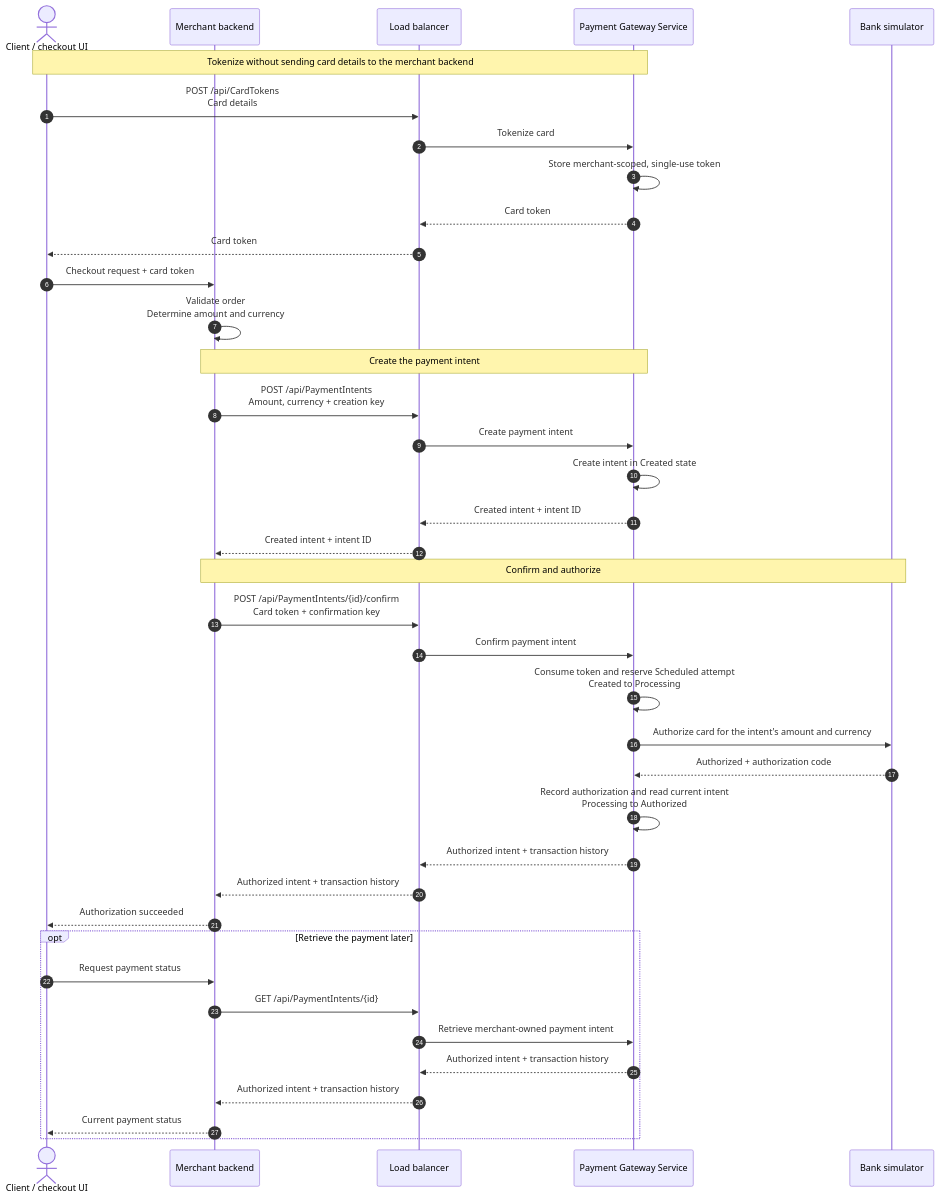
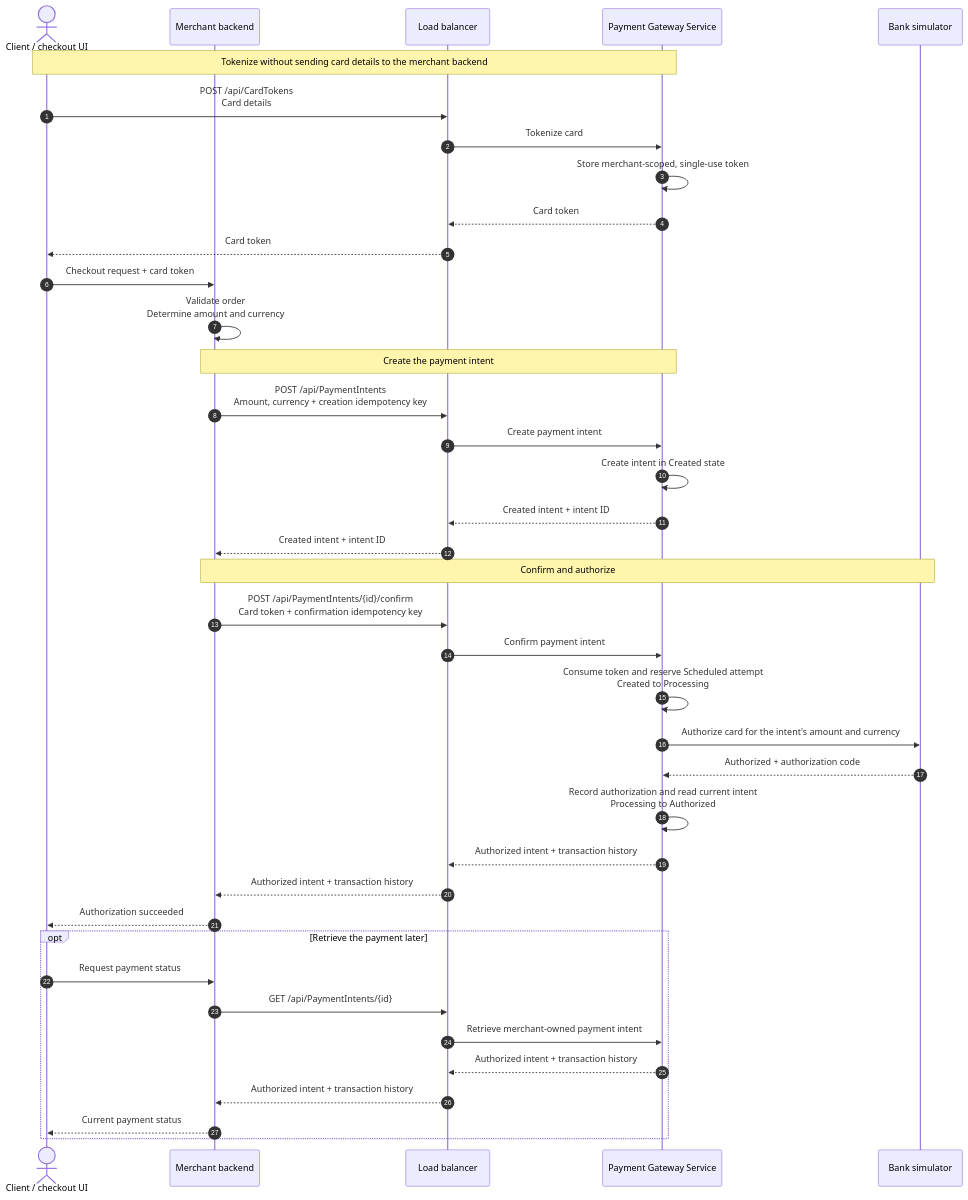
One commit to rongw1021/payment-gateway-challenge-go changed the first of 2 diagrams in README.md. Above: the diagram before and after it, drawn with Mermaid. The commit also changed other lines of this file and 2 other files, not shown here.

````diff
--- a/README.md
+++ b/README.md
@@ -130,46 +130,46 @@
 ```mermaid
 sequenceDiagram
     autonumber
     actor Client as Client / checkout UI
     participant Merchant as Merchant backend
     participant LB as Load balancer
     participant Gateway as Payment Gateway Service
     participant Bank as Bank simulator
 
     Note over Client,Gateway: Tokenize without sending card details to the merchant backend
     Client->>LB: POST /api/CardTokens<br/>Card details
     LB->>Gateway: Tokenize card
     Gateway->>Gateway: Store merchant-scoped, single-use token
     Gateway-->>LB: Card token
     LB-->>Client: Card token
 
     Client->>Merchant: Checkout request + card token
     Merchant->>Merchant: Validate order<br/>Determine amount and currency
 
     Note over Merchant,Gateway: Create the payment intent
-    Merchant->>LB: POST /api/PaymentIntents<br/>Amount, currency + creation key
+    Merchant->>LB: POST /api/PaymentIntents<br/>Amount, currency + creation idempotency key
     LB->>Gateway: Create payment intent
     Gateway->>Gateway: Create intent in Created state
     Gateway-->>LB: Created intent + intent ID
     LB-->>Merchant: Created intent + intent ID
 
     Note over Merchant,Bank: Confirm and authorize
-    Merchant->>LB: POST /api/PaymentIntents/{id}/confirm<br/>Card token + confirmation key
+    Merchant->>LB: POST /api/PaymentIntents/{id}/confirm<br/>Card token + confirmation idempotency key
     LB->>Gateway: Confirm payment intent
     Gateway->>Gateway: Consume token and reserve Scheduled attempt<br/>Created to Processing
     Gateway->>Bank: Authorize card for the intent's amount and currency
     Bank-->>Gateway: Authorized + authorization code
     Gateway->>Gateway: Record authorization and read current intent<br/>Processing to Authorized
     Gateway-->>LB: Authorized intent + transaction history
     LB-->>Merchant: Authorized intent + transaction history
     Merchant-->>Client: Authorization succeeded
 
     opt Retrieve the payment later
         Client->>Merchant: Request payment status
         Merchant->>LB: GET /api/PaymentIntents/{id}
         LB->>Gateway: Retrieve merchant-owned payment intent
         Gateway-->>LB: Authorized intent + transaction history
         LB-->>Merchant: Authorized intent + transaction history
         Merchant-->>Client: Current payment status
     end
 ```
````
